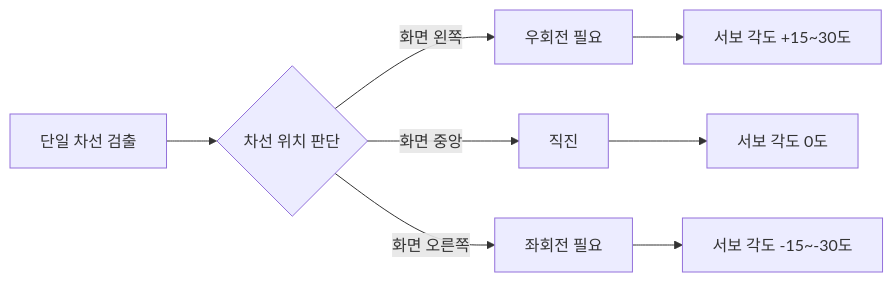
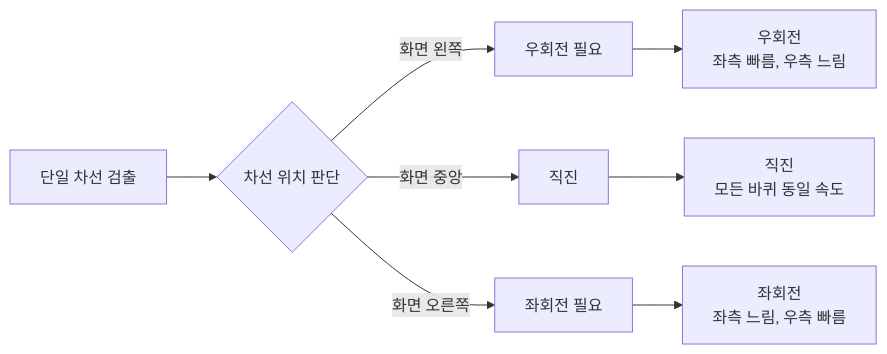
The sixth of 44 diagrams in 06_final_self_driving/_1단계_요구사항_분석.md (Collegenie-X/Raspbot-v2-self-driving-car), drawn with Mermaid before and after one commit. The commit also changed other lines of this file and 5 other files, not shown here.

````diff
--- a/06_final_self_driving/_1단계_요구사항_분석.md
+++ b/06_final_self_driving/_1단계_요구사항_분석.md
@@ -280,10 +309,10 @@
 ```mermaid
 flowchart LR
     A[단일 차선 검출] --> B{차선 위치 판단}
     B -->|화면 왼쪽| C[우회전 필요]
     B -->|화면 중앙| D[직진]
     B -->|화면 오른쪽| E[좌회전 필요]
-    C --> F[서보 각도 +15~30도]
-    D --> G[서보 각도 0도]
-    E --> H[서보 각도 -15~-30도]
+    C --> F[우회전<br/>좌측 빠름, 우측 느림]
+    D --> G[직진<br/>모든 바퀴 동일 속도]
+    E --> H[좌회전<br/>좌측 느림, 우측 빠름]
 ```
````
